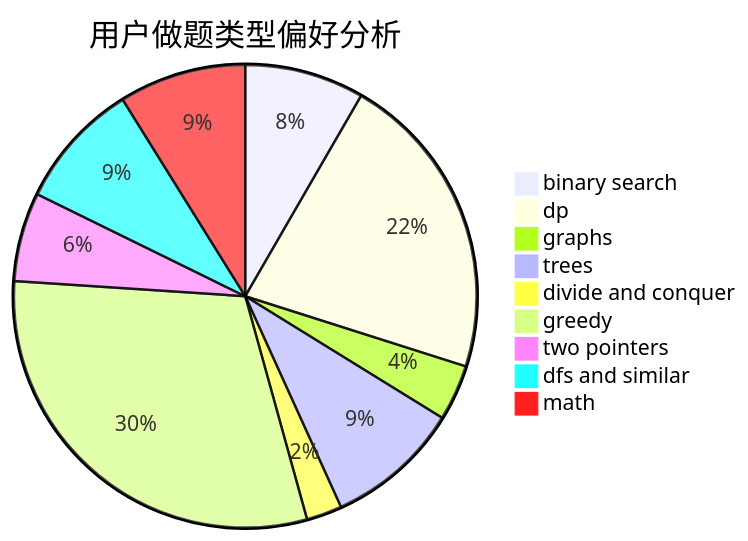
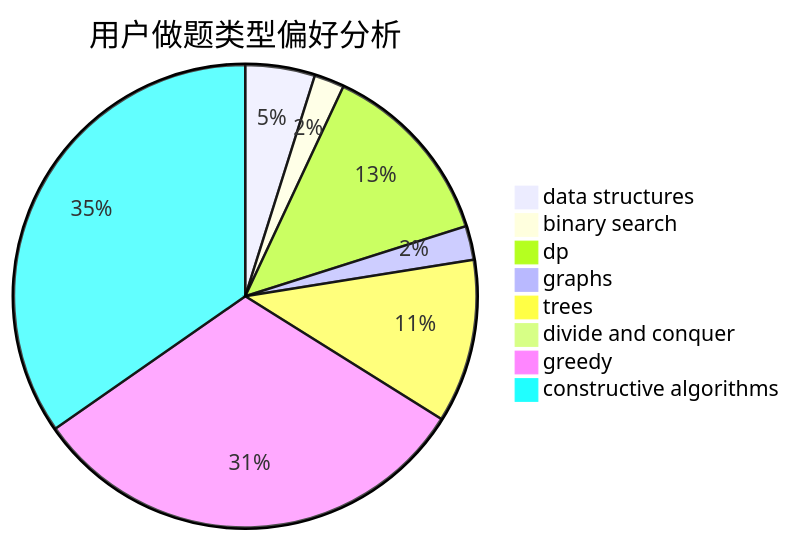
The second of 3 diagrams in docs/user/u1823.md (sherpahu/cfrs.github.io), drawn with Mermaid before and after one commit. The commit also changed other lines of this file and 2775 other files, not shown here.

````diff
--- a/docs/user/u1823.md
+++ b/docs/user/u1823.md
@@ -23,12 +23,11 @@
 ```mermaid
 pie title 用户做题类型偏好分析
-    "binary search" :  94
-    "dp" :  243
-    "graphs" :  44
-    "trees" :  106
-    "divide and conquer" :  28
-    "greedy" :  342
-    "two pointers" :  70
-    "dfs and similar" :  100
-    "math" :  100
+    "data structures" :  37
+    "binary search" :  16
+    "dp" :  100
+    "graphs" :  18
+    "trees" :  87
+    "divide and conquer" :  0
+    "greedy" :  239
+    "constructive algorithms" :  264
 ```
````
